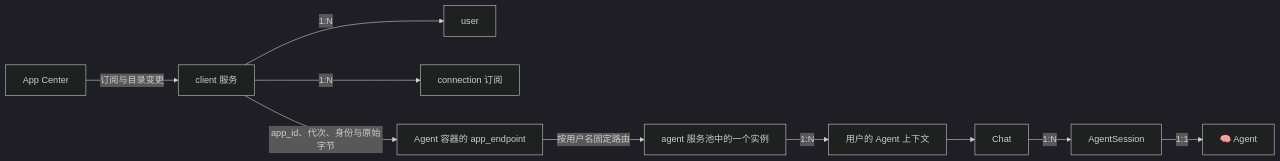
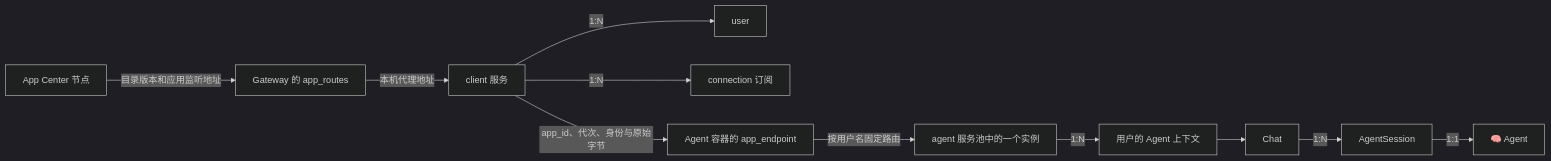
One commit to dingdalong/skynet_agent changed the first of 2 diagrams in docs/architecture/AGENT_GATEWAY.md. Above: the diagram before and after it, drawn with Mermaid (dark theme). The commit also changed other lines of this file and 43 other files, not shown here.

````diff
--- a/docs/architecture/AGENT_GATEWAY.md
+++ b/docs/architecture/AGENT_GATEWAY.md
@@ -28,12 +28,13 @@
 ```mermaid
 flowchart LR
-    Registry["App Center"] -->|"订阅与目录变更"| C["client 服务"]
+    Registry["App Center 节点"] -->|"目录版本和应用监听地址"| R["Gateway 的 app_routes"]
+    R -->|"本机代理地址"| C["client 服务"]
     C -->|"1:N"| U["user"]
     C -->|"1:N"| N["connection 订阅"]
     C -->|"app_id、代次、身份与原始字节"| E["Agent 容器的 app_endpoint"]
     E -->|"按用户名固定路由"| P["agent 服务池中的一个实例"]
     P -->|"1:N"| B["用户的 Agent 上下文"]
     B --> H["Chat"]
     H -->|"1:N"| S["AgentSession"]
     S -->|"1:1"| A["🧠 Agent"]
 ```
````
